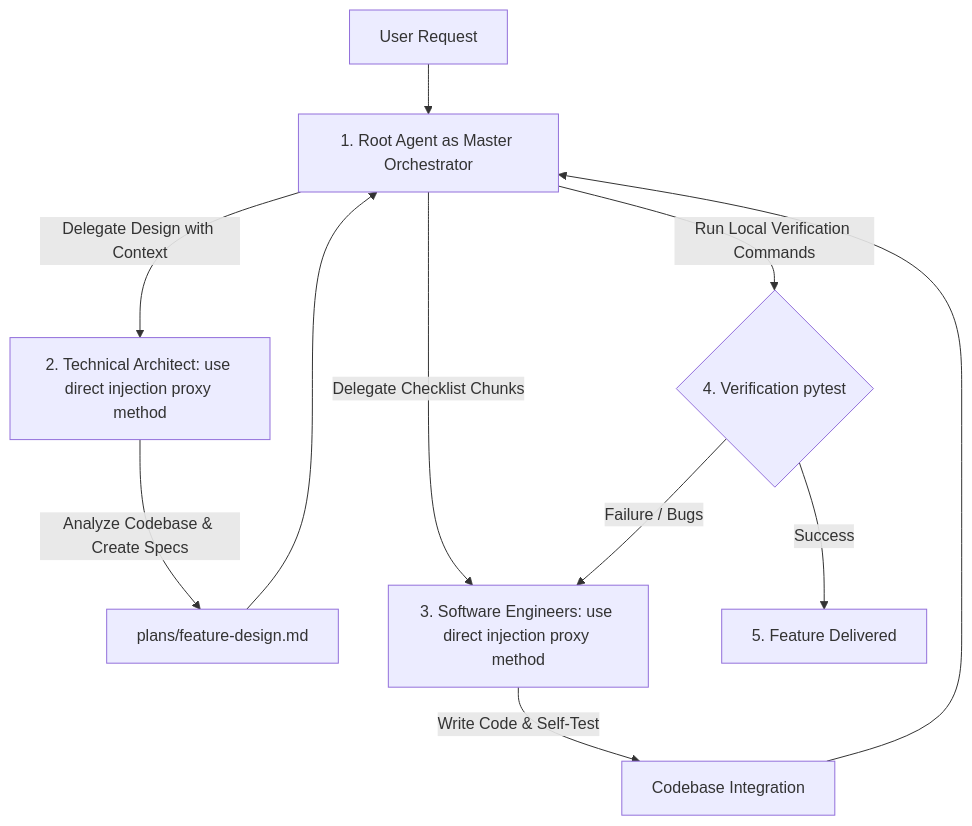
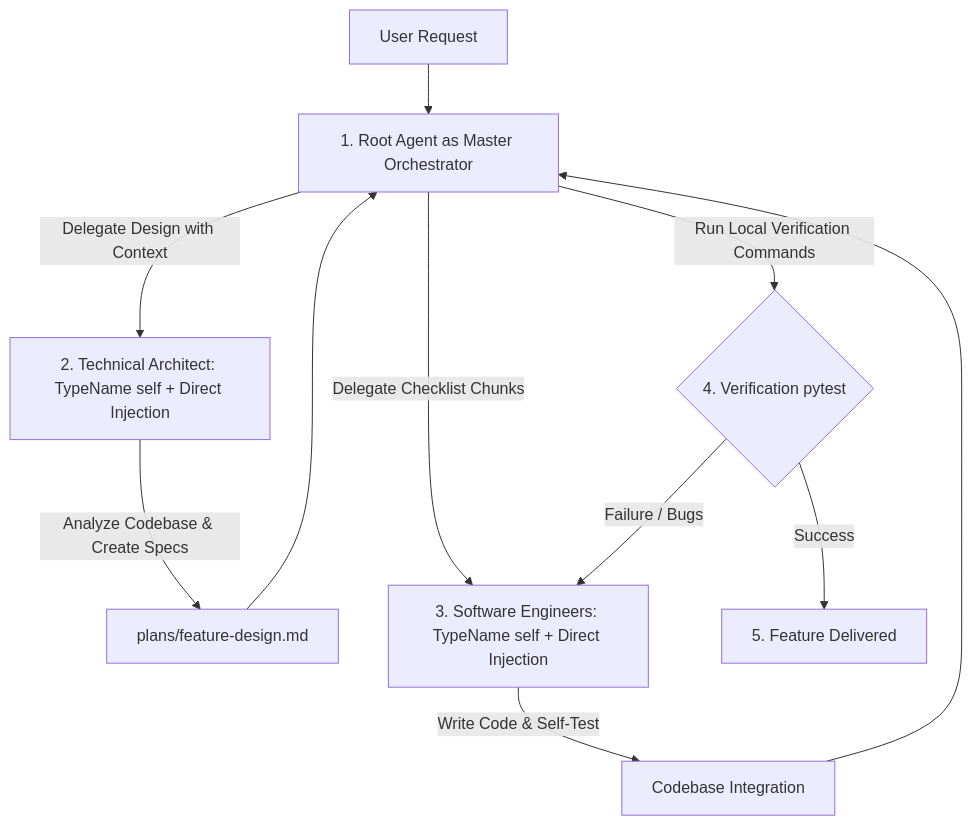
One commit to ypenn21/adk-agents changed the diagram in .agents/rules/multi-agent-workflow.md. Above: the diagram before and after it, drawn with Mermaid. The commit also changed other lines of this file, not shown here.

Commit message:
update rules to invoke as self

````diff
--- a/.agents/rules/multi-agent-workflow.md
+++ b/.agents/rules/multi-agent-workflow.md
@@ -21,13 +24,13 @@
 ```mermaid
 graph TD
     User[User Request] --> Orchestrator[1. Root Agent as Master Orchestrator]
-    Orchestrator -->|Delegate Design with Context| Architect[2. Technical Architect: use direct injection proxy method]
+    Orchestrator -->|Delegate Design with Context| Architect[2. Technical Architect: TypeName self + Direct Injection]
     Architect -->|Analyze Codebase & Create Specs| Blueprint[plans/feature-design.md]
     Blueprint --> Orchestrator
-    Orchestrator -->|Delegate Checklist Chunks| Engineers[3. Software Engineers: use direct injection proxy method]
+    Orchestrator -->|Delegate Checklist Chunks| Engineers[3. Software Engineers: TypeName self + Direct Injection]
     Engineers -->|Write Code & Self-Test| Codebase[Codebase Integration]
     Codebase --> Orchestrator
     Orchestrator -->|Run Local Verification Commands| Verification{4. Verification pytest}
     Verification -->|Success| Complete[5. Feature Delivered]
     Verification -->|Failure / Bugs| Engineers
 ```
````
